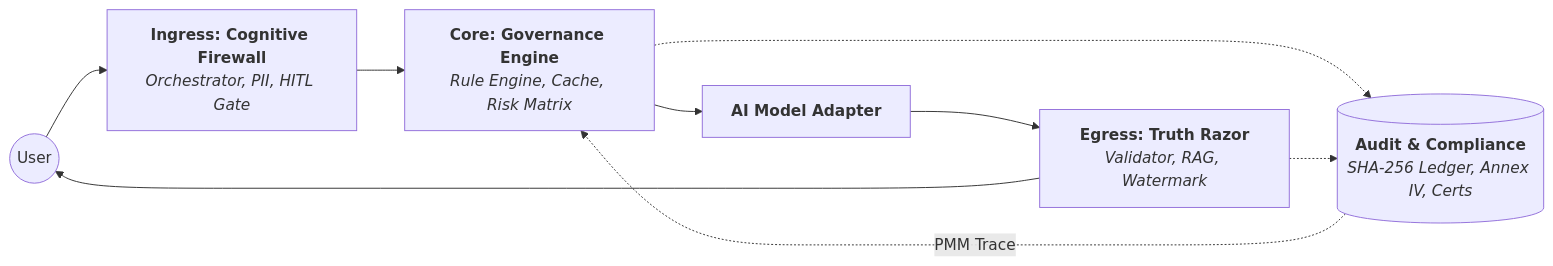
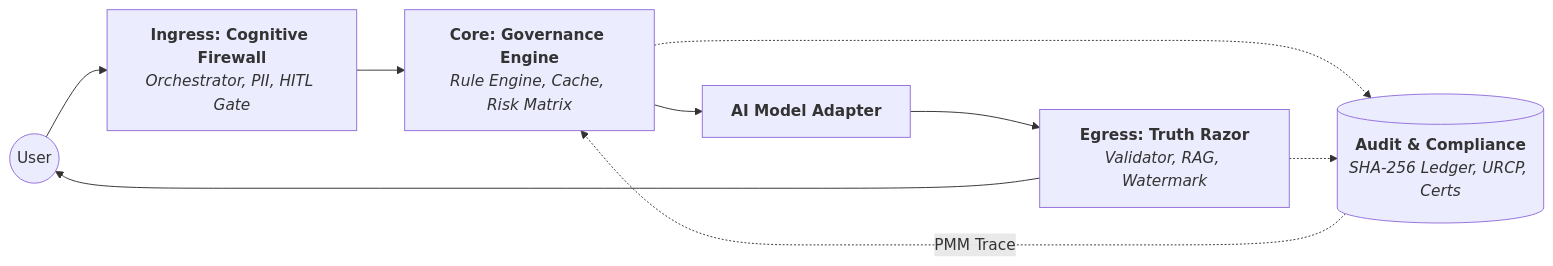
The diagram in README.md (rostmon/sia-framework), drawn with Mermaid before and after one commit. The commit also changed other lines of this file and 30 other files, not shown here.

````diff
--- a/README.md
+++ b/README.md
@@ -44,12 +34,12 @@
 ```mermaid
 graph LR
     User((User)) --> Ingress[<b>Ingress: Cognitive Firewall</b><br/><i>Orchestrator, PII, HITL Gate</i>]
     Ingress --> Core[<b>Core: Governance Engine</b><br/><i>Rule Engine, Cache, Risk Matrix</i>]
     Core --> Model[<b>AI Model Adapter</b>]
     Model --> Egress[<b>Egress: Truth Razor</b><br/><i>Validator, RAG, Watermark</i>]
     Egress --> User
     
-    Core -.-> Audit[(<b>Audit & Compliance</b><br/><i>SHA-256 Ledger, Annex IV, Certs</i>)]
+    Core -.-> Audit[(<b>Audit & Compliance</b><br/><i>SHA-256 Ledger, URCP, Certs</i>)]
     Egress -.-> Audit
     Audit -.->|PMM Trace| Core
 ```
````
